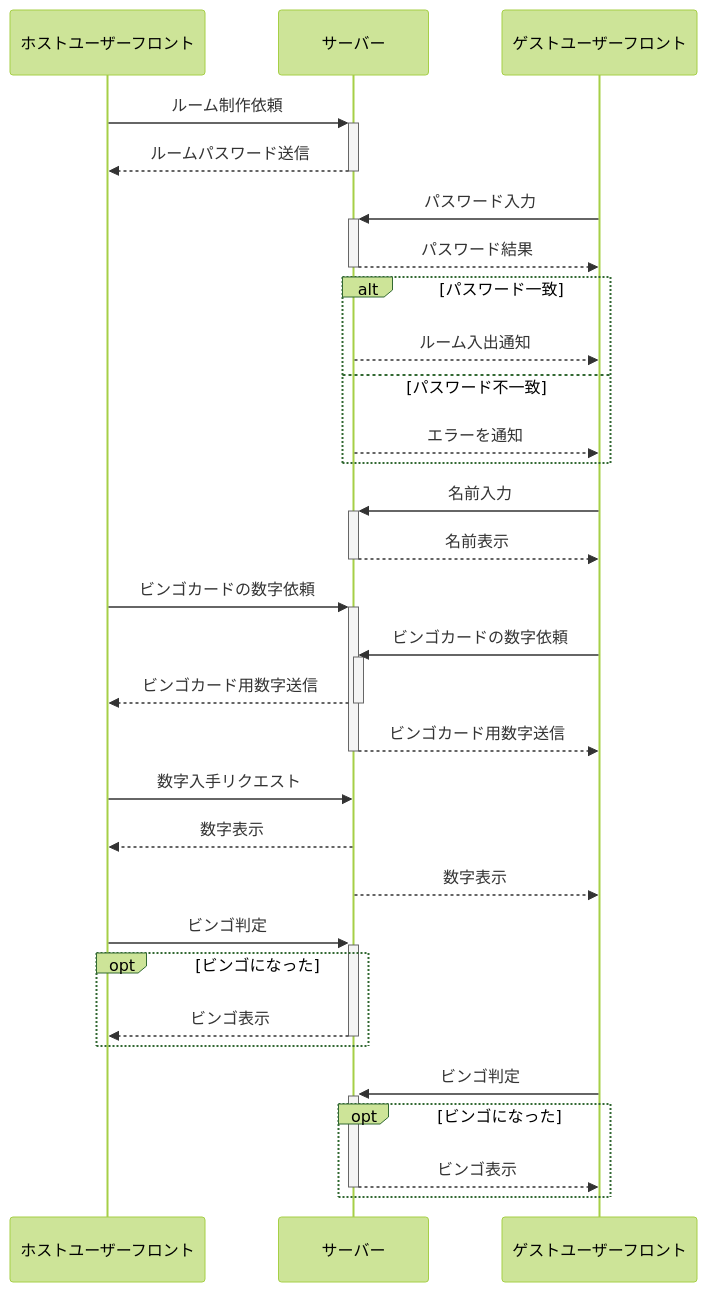
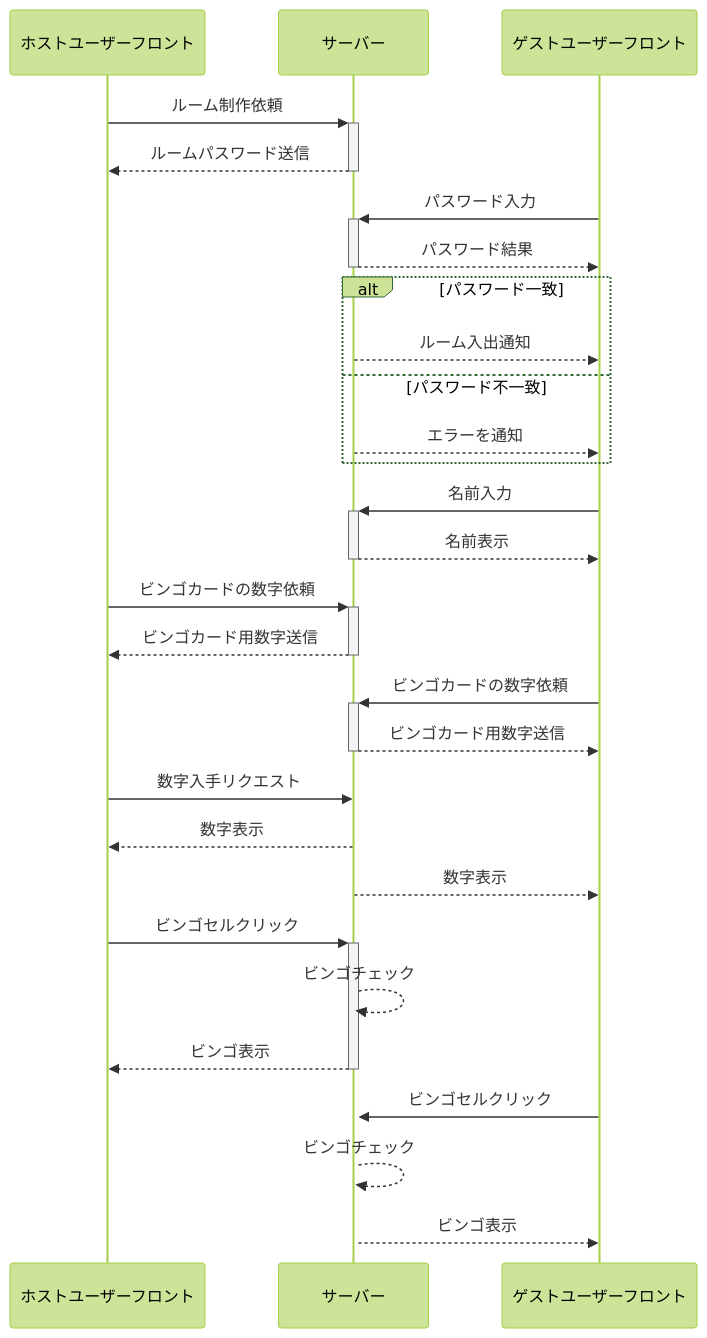
One commit to MizugutiK/Bingo changed the diagram in README.md. Above: the diagram before and after it, drawn with Mermaid (forest theme).

Commit message:
シーケンス図

````diff
--- a/README.md
+++ b/README.md
@@ -4,39 +4,37 @@
 ```mermaid
 sequenceDiagram;
 participant ホストユーザーフロント
 participant サーバー
 participant ゲストユーザーフロント
 
 ホストユーザーフロント  ->>+     サーバー:ルーム制作依頼
 サーバー               -->>-     ホストユーザーフロント:ルームパスワード送信
 
 ゲストユーザーフロント  ->>+     サーバー:パスワード入力
 サーバー               -->>-     ゲストユーザーフロント:パスワード結果
 alt パスワード一致　
 サーバー　-->>  ゲストユーザーフロント:ルーム入出通知
 else パスワード不一致
 サーバー -->>   ゲストユーザーフロント:エラーを通知
 end
 
 ゲストユーザーフロント  ->>+     サーバー:名前入力
 サーバー               -->>-      ゲストユーザーフロント:名前表示
 
 ホストユーザーフロント  ->>+     サーバー:ビンゴカードの数字依頼
+サーバー               -->>-     ホストユーザーフロント:ビンゴカード用数字送信
 ゲストユーザーフロント  ->>+     サーバー:ビンゴカードの数字依頼
-サーバー               -->>-     ホストユーザーフロント:ビンゴカード用数字送信
 サーバー               -->>-     ゲストユーザーフロント:ビンゴカード用数字送信
 
 ホストユーザーフロント  ->>     サーバー:数字入手リクエスト
 サーバー               -->>     ホストユーザーフロント:数字表示
 サーバー               -->>     ゲストユーザーフロント:数字表示
 
-ホストユーザーフロント  ->>+     サーバー:ビンゴ判定
-opt ビンゴになった
-サーバー    -->>-    ホストユーザーフロント:ビンゴ表示
-end
+ホストユーザーフロント  ->>+     サーバー:ビンゴセルクリック
+サーバー               -->>     サーバー:ビンゴチェック
+サーバー               -->>-     ホストユーザーフロント:ビンゴ表示
 
-ゲストユーザーフロント  ->>+     サーバー:ビンゴ判定
-opt ビンゴになった
-サーバー    -->>-    ゲストユーザーフロント:ビンゴ表示
-end
+ゲストユーザーフロント  ->>+     サーバー:ビンゴセルクリック
+サーバー               -->>     サーバー:ビンゴチェック
+サーバー               -->>     ゲストユーザーフロント:ビンゴ表示
 ```
````
